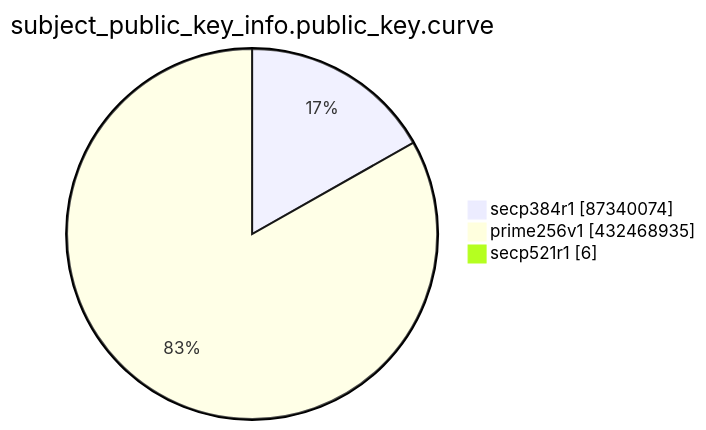
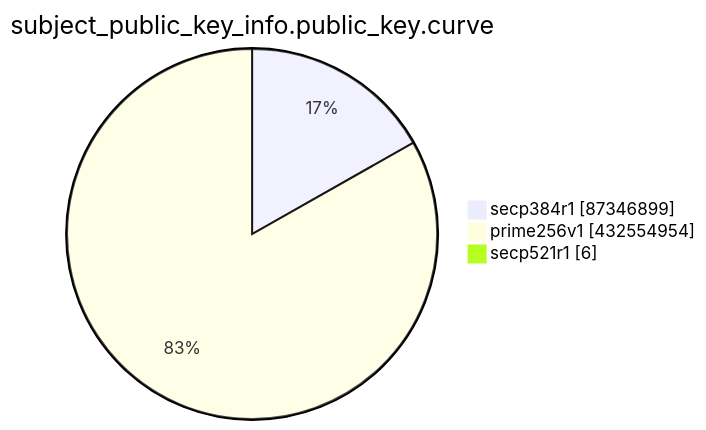
Before and after one commit to christiankrug/ctmonitor_visualization: the eighth of 15 diagrams in TOTAL/README.md, drawn with Mermaid. The commit also changed other lines of this file, not shown here.

````diff
--- a/TOTAL/README.md
+++ b/TOTAL/README.md
@@ -3100,7 +3100,7 @@
 ```mermaid
 pie showData
 title subject_public_key_info.public_key.curve
-"secp384r1" :87340074
-"prime256v1" :432468935
+"secp384r1" :87346899
+"prime256v1" :432554954
 "secp521r1" :6
 ```
````
